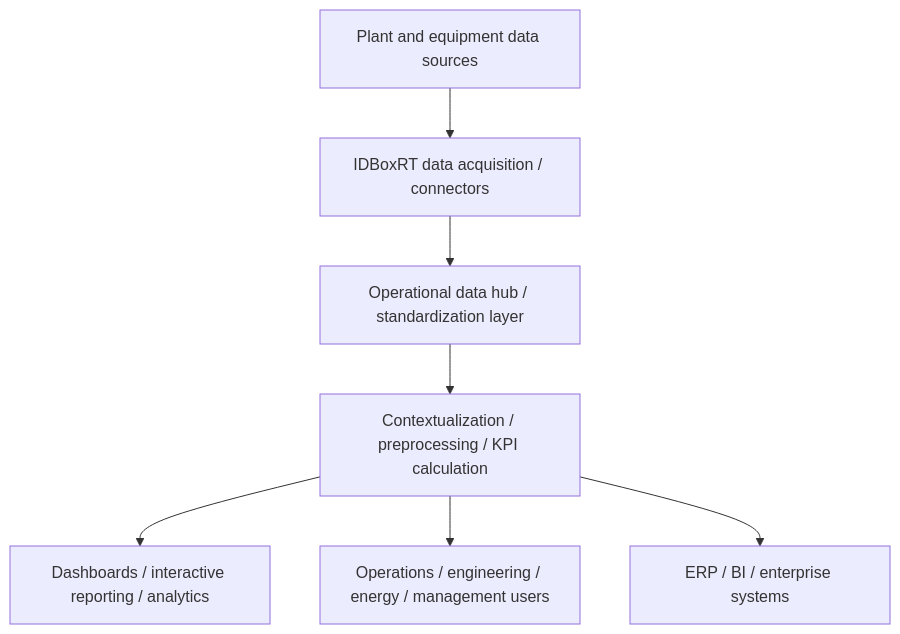
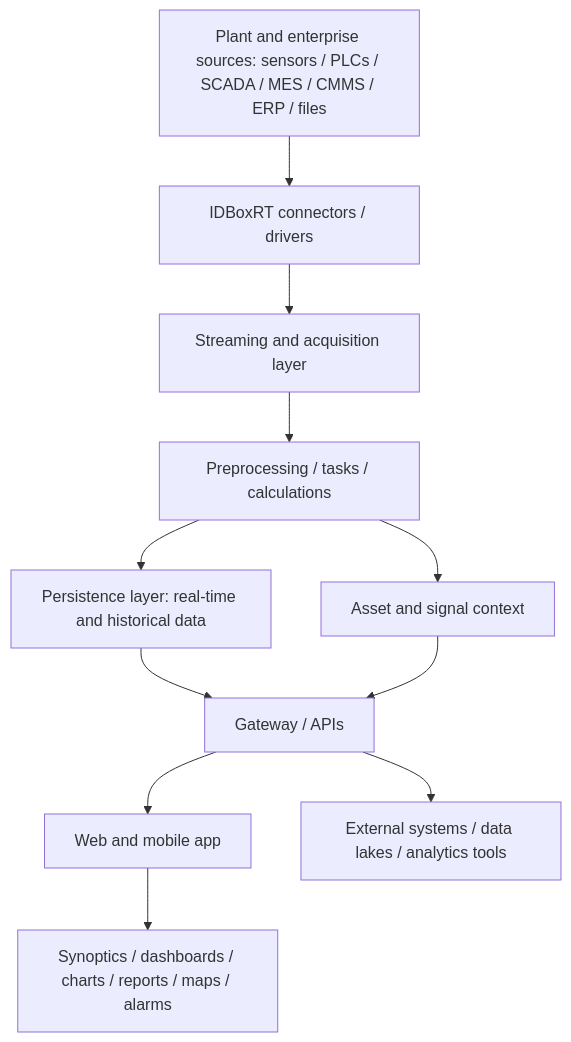
The diagram in content/wiki/solutions/idboxrt.md (hieudovn/NOVA-knowledge-hub), drawn with Mermaid before and after one commit. The commit also changed other lines of this file and 2 other files, not shown here.

Commit message:
Manual Extraction Batch 1.11 — IDBoxRT Architecture and Integration Validation.

````diff
--- a/content/wiki/solutions/idboxrt.md
+++ b/content/wiki/solutions/idboxrt.md
@@ -86,9 +87,13 @@
 ```mermaid
 flowchart TD
-  OT["Plant and equipment data sources"] --> Acquisition["IDBoxRT data acquisition / connectors"]
-  Acquisition --> Hub["Operational data hub / standardization layer"]
-  Hub --> Context["Contextualization / preprocessing / KPI calculation"]
-  Context --> Apps["Dashboards / interactive reporting / analytics"]
-  Context --> Users["Operations / engineering / energy / management users"]
-  Context --> Enterprise["ERP / BI / enterprise systems"]
+  Sources["Plant and enterprise sources: sensors / PLCs / SCADA / MES / CMMS / ERP / files"] --> Connectors["IDBoxRT connectors / drivers"]
+  Connectors --> Stream["Streaming and acquisition layer"]
+  Stream --> Processing["Preprocessing / tasks / calculations"]
+  Processing --> Storage["Persistence layer: real-time and historical data"]
+  Processing --> Assets["Asset and signal context"]
+  Storage --> API["Gateway / APIs"]
+  Assets --> API
+  API --> UI["Web and mobile app"]
+  UI --> Tools["Synoptics / dashboards / charts / reports / maps / alarms"]
+  API --> External["External systems / data lakes / analytics tools"]
 ```
````
